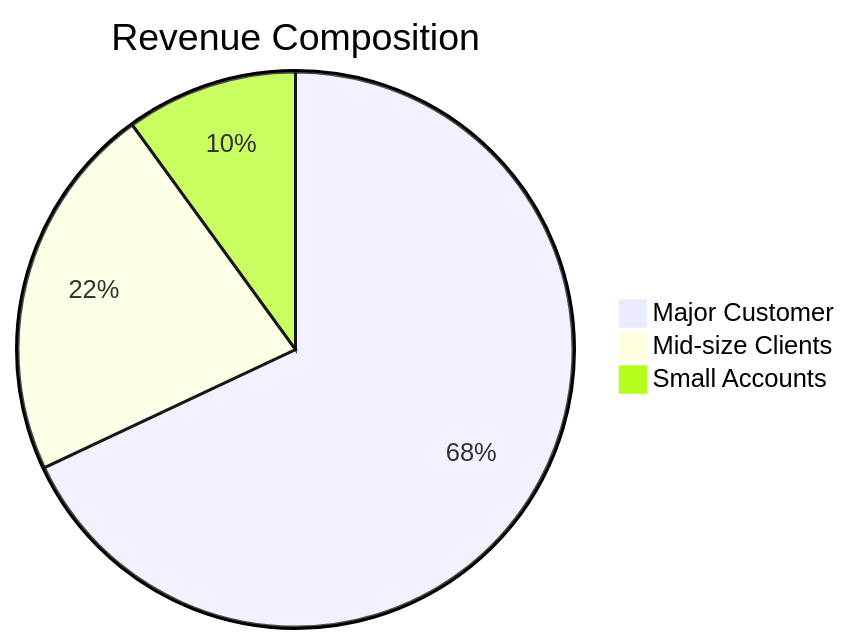
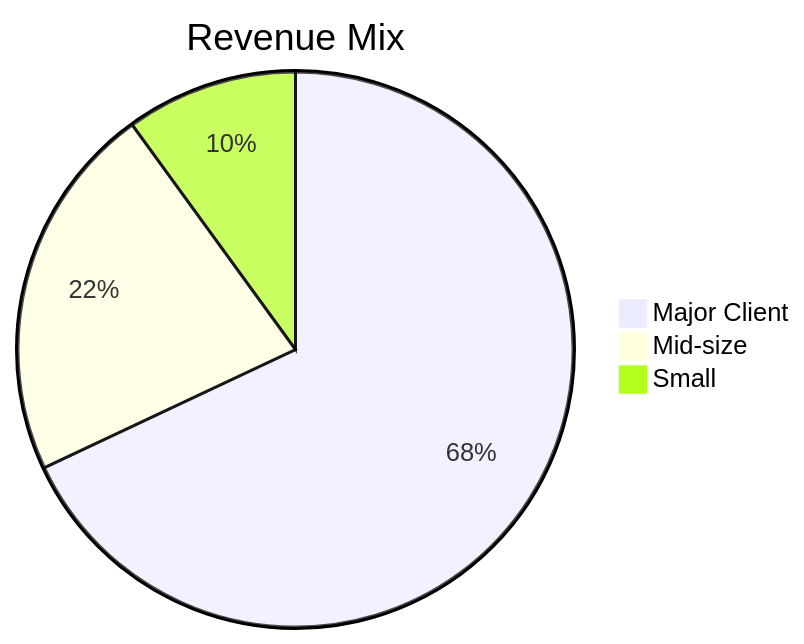
Before and after one commit to overyonder/over-yonder.tech: the third of 8 diagrams in articles/markdown.md, drawn with Mermaid. The commit also changed other lines of this file and 2 other files, not shown here.

First line of the commit message:
Add 2x4 mermaid diagram grid with 8 chart types

````diff
--- a/articles/markdown.md
+++ b/articles/markdown.md
@@ -448,6 +430,6 @@
 ```mermaid
-pie title Revenue Composition
-    "Major Customer" : 68
-    "Mid-size Clients" : 22
-    "Small Accounts" : 10
+pie title Revenue Mix
+    "Major Client" : 68
+    "Mid-size" : 22
+    "Small" : 10
 ```
````
